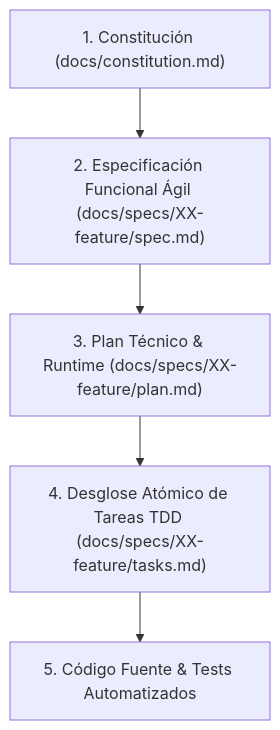
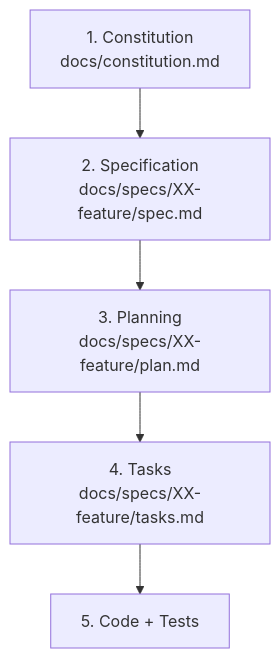
One commit to Thebetus7/SW2-G17-SDD-26-2 changed the first of 2 diagrams in templates/sdd-init.md. Above: the diagram before and after it, drawn with Mermaid. The commit also changed other lines of this file and 12 other files, not shown here.

````diff
--- a/templates/sdd-init.md
+++ b/templates/sdd-init.md
@@ -11,7 +25,14 @@
 ```mermaid
 flowchart TD
-    C["1. Constitución (docs/constitution.md)"] --> S["2. Especificación Funcional Ágil (docs/specs/XX-feature/spec.md)"]
-    S --> P["3. Plan Técnico & Runtime (docs/specs/XX-feature/plan.md)"]
-    P --> T["4. Desglose Atómico de Tareas TDD (docs/specs/XX-feature/tasks.md)"]
-    T --> K["5. Código Fuente & Tests Automatizados"]
+
+    C["1. Constitution<br/>docs/constitution.md"]
+    S["2. Specification<br/>docs/specs/XX-feature/spec.md"]
+    P["3. Planning<br/>docs/specs/XX-feature/plan.md"]
+    T["4. Tasks<br/>docs/specs/XX-feature/tasks.md"]
+    K["5. Code + Tests"]
+
+    C --> S
+    S --> P
+    P --> T
+    T --> K
 ```
````
